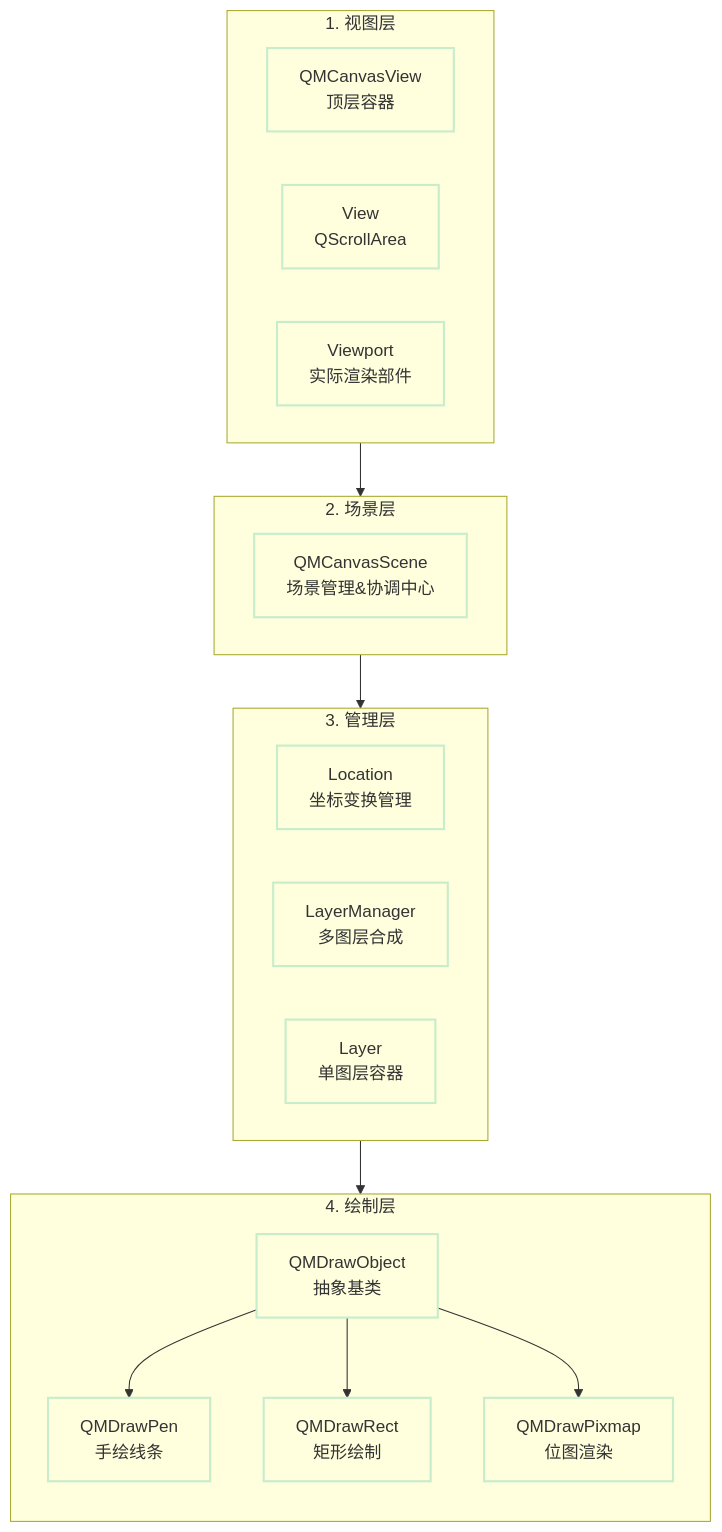
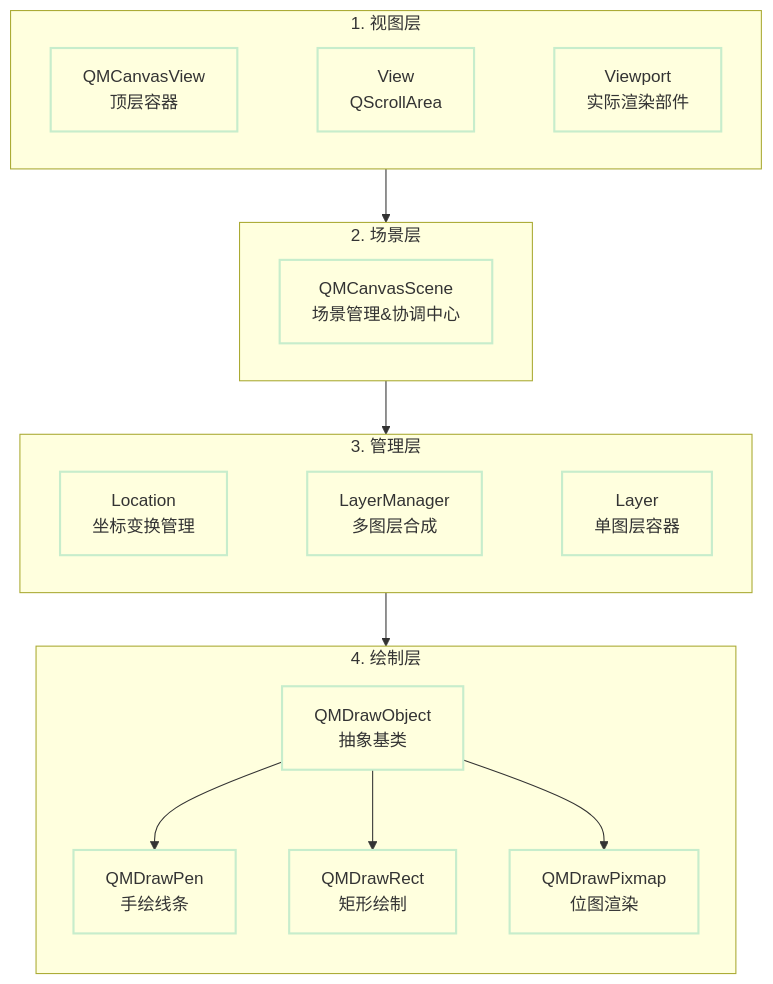
The diagram in README.md (Ximiaw/QMCanvas), drawn with Mermaid before and after one commit.

Commit message:
docs: 更新README.md

````diff
--- a/README.md
+++ b/README.md
@@ -22,54 +22,58 @@
 ```mermaid
 graph TD
     %% ==================== 视图层 ====================
     subgraph ViewLayer["1. 视图层"]
         direction LR
         QMCanvasView["QMCanvasView<br/>顶层容器"]
         View["View<br/>QScrollArea"]
         Viewport["Viewport<br/>实际渲染部件"]
     end
     
     %% ==================== 场景层 ====================
     subgraph SceneLayer["2. 场景层"]
         QMCanvasScene["QMCanvasScene<br/>场景管理&协调中心"]
     end
     
     %% ==================== 管理层 ====================
     subgraph ManagementLayer["3. 管理层"]
         direction LR
         Location["Location<br/>坐标变换管理"]
         LayerManager["LayerManager<br/>多图层合成"]
         Layer["Layer<br/>单图层容器"]
     end
     
     %% ==================== 绘制层 ====================
     subgraph DrawLayer["4. 绘制层"]
         direction TB
         QMDrawObject["QMDrawObject<br/>抽象基类"]
         QMDrawPen["QMDrawPen<br/>手绘线条"]
         QMDrawRect["QMDrawRect<br/>矩形绘制"]
         QMDrawPixmap["QMDrawPixmap<br/>位图渲染"]
     end
     
     %% ==================== 层次依赖关系 ====================
     ViewLayer --> SceneLayer
     SceneLayer --> ManagementLayer
     ManagementLayer --> DrawLayer
     
     %% ==================== 类继承关系 ====================
     QMDrawObject --> QMDrawPen
     QMDrawObject --> QMDrawRect
     QMDrawObject --> QMDrawPixmap
+
+    %% ==================== 水平格式化 ====================
+    QMCanvasView ~~~ View ~~~ Viewport
+    Location ~~~ LayerManager ~~~ Layer
     
     %% ==================== 样式定义 ====================
     classDef layerStyle fill:#0000,stroke:#c7edcc,stroke-width:2px
     classDef viewStyle fill:#0000,stroke:#c7edcc,stroke-width:2px
     classDef sceneStyle fill:#0000,stroke:#c7edcc,stroke-width:2px
     classDef manageStyle fill:#0000,stroke:#c7edcc,stroke-width:2px
     classDef drawStyle fill:#0000,stroke:#c7edcc,stroke-width:2px
     
     class QMCanvasView,View,Viewport viewStyle
     class QMCanvasScene sceneStyle
     class Location,LayerManager,Layer manageStyle
     class QMDrawObject,QMDrawPen,QMDrawRect,QMDrawPixmap drawStyle
 ```
````
